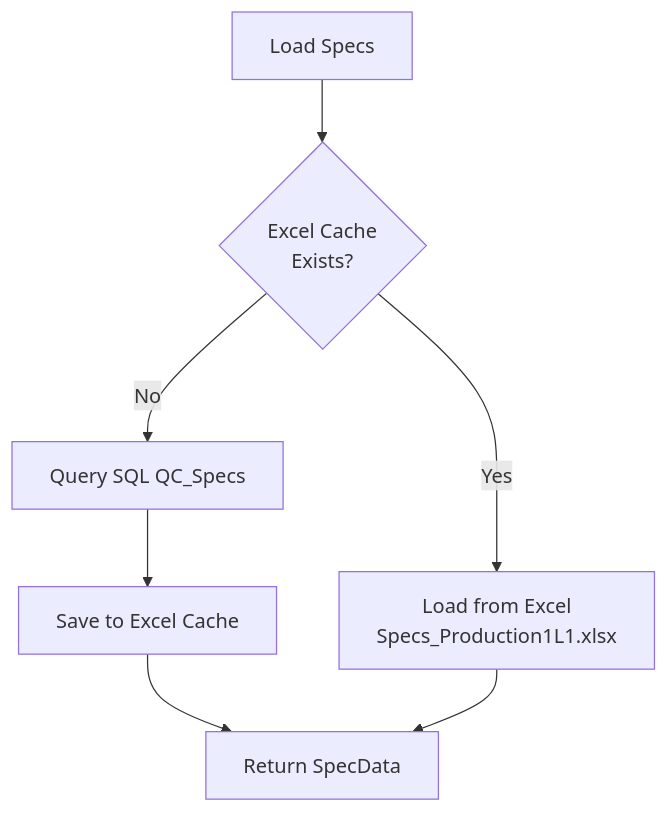
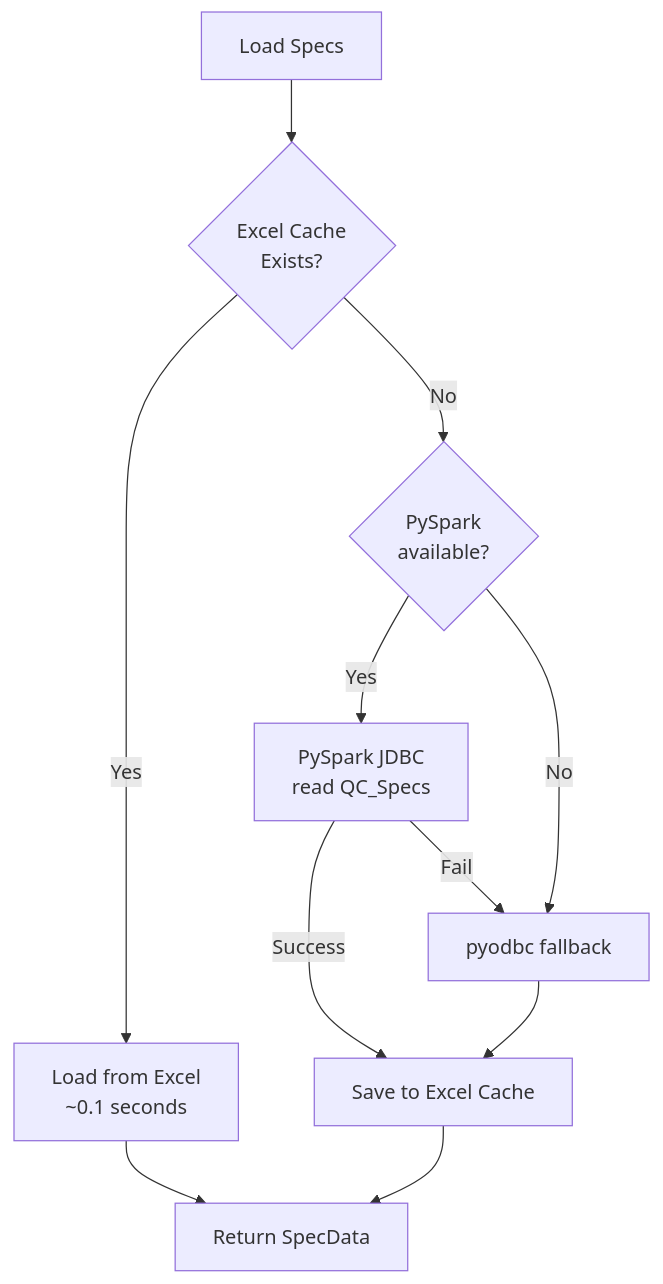
Diagram 11 of 12 in README.md (KSangmuang/SPC-Dashboard), drawn with Mermaid before and after one commit. The commit also changed other lines of this file, not shown here.

````diff
--- a/README.md
+++ b/README.md
@@ -737,9 +978,13 @@
 ```mermaid
 flowchart TD
     START[Load Specs] --> CHECK{Excel Cache<br/>Exists?}
-    CHECK -->|Yes| LOAD_EXCEL[Load from Excel<br/>Specs_Production1L1.xlsx]
-    CHECK -->|No| LOAD_SQL[Query SQL QC_Specs]
-    LOAD_SQL --> SAVE[Save to Excel Cache]
+    CHECK -->|Yes| LOAD_EXCEL[Load from Excel<br/>~0.1 seconds]
+    CHECK -->|No| TRY_SPARK{PySpark<br/>available?}
+    TRY_SPARK -->|Yes| SPARK[PySpark JDBC<br/>read QC_Specs]
+    TRY_SPARK -->|No| ODBC[pyodbc fallback]
+    SPARK -->|Success| SAVE[Save to Excel Cache]
+    SPARK -->|Fail| ODBC
+    ODBC --> SAVE
     SAVE --> RETURN[Return SpecData]
     LOAD_EXCEL --> RETURN
 ```
````
